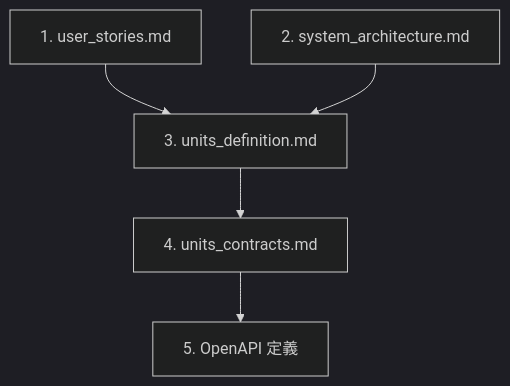
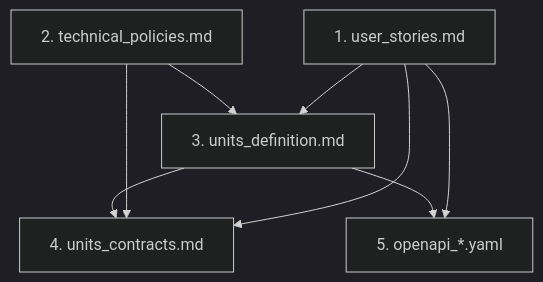
Before and after one commit to h-akira/ShogiProject2: the diagram in docs/flow.md, drawn with Mermaid (dark theme). The commit also changed other lines of this file and 2 other files, not shown here.

Commit message:
docs: rename system_architecture.md to technical_policies.md and update references

````diff
--- a/docs/flow.md
+++ b/docs/flow.md
@@ -9,7 +9,10 @@
 ```mermaid
 graph TD
   A[1. user_stories.md] --> C[3. units_definition.md]
-  B[2. system_architecture.md] --> C
-  C --> D[4. units_contracts.md]
-  D --> E[5. OpenAPI 定義]
+  B[2. technical_policies.md] --> C
+  A --> D[4. units_contracts.md]
+  B --> D
+  C --> D
+  A --> F["5. openapi_*.yaml"]
+  C --> F
 ```
````
